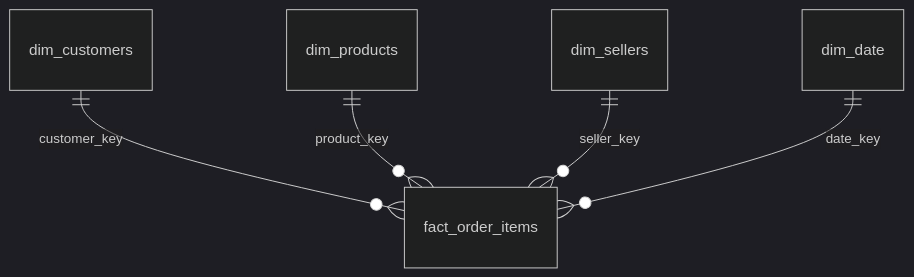
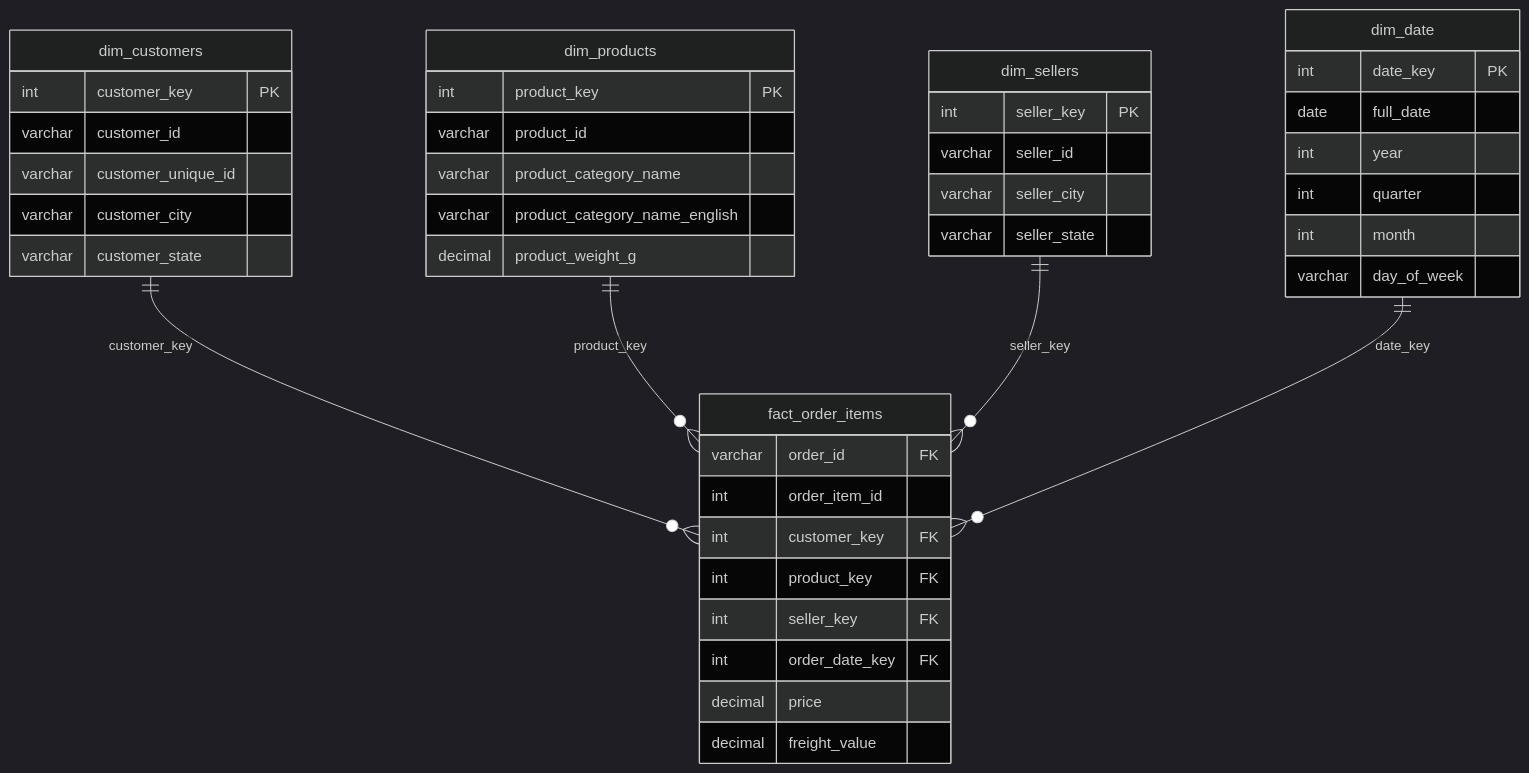
The diagram in docs/docs/star_schema.md (thwalarachel-oss/olist_dwh_brightlearn_project), drawn with Mermaid (dark theme) before and after one commit.

Commit message:
edited star_schema code

````diff
--- a/docs/docs/star_schema.md
+++ b/docs/docs/star_schema.md
@@ -1,7 +1,46 @@
 ```mermaid
 erDiagram
+    dim_customers {
+        int customer_key PK
+        varchar customer_id
+        varchar customer_unique_id
+        varchar customer_city
+        varchar customer_state
+    }
+    dim_products {
+        int product_key PK
+        varchar product_id
+        varchar product_category_name
+        varchar product_category_name_english
+        decimal product_weight_g
+    }
+    dim_sellers {
+        int seller_key PK
+        varchar seller_id
+        varchar seller_city
+        varchar seller_state
+    }
+    dim_date {
+        int date_key PK
+        date full_date
+        int year
+        int quarter
+        int month
+        varchar day_of_week
+    }
+    fact_order_items {
+        varchar order_id FK
+        int order_item_id
+        int customer_key FK
+        int product_key FK
+        int seller_key FK
+        int order_date_key FK
+        decimal price
+        decimal freight_value
+    }
+
     dim_customers ||--o{ fact_order_items : "customer_key"
     dim_products ||--o{ fact_order_items : "product_key"
     dim_sellers ||--o{ fact_order_items : "seller_key"
     dim_date ||--o{ fact_order_items : "date_key"
 ```
````
